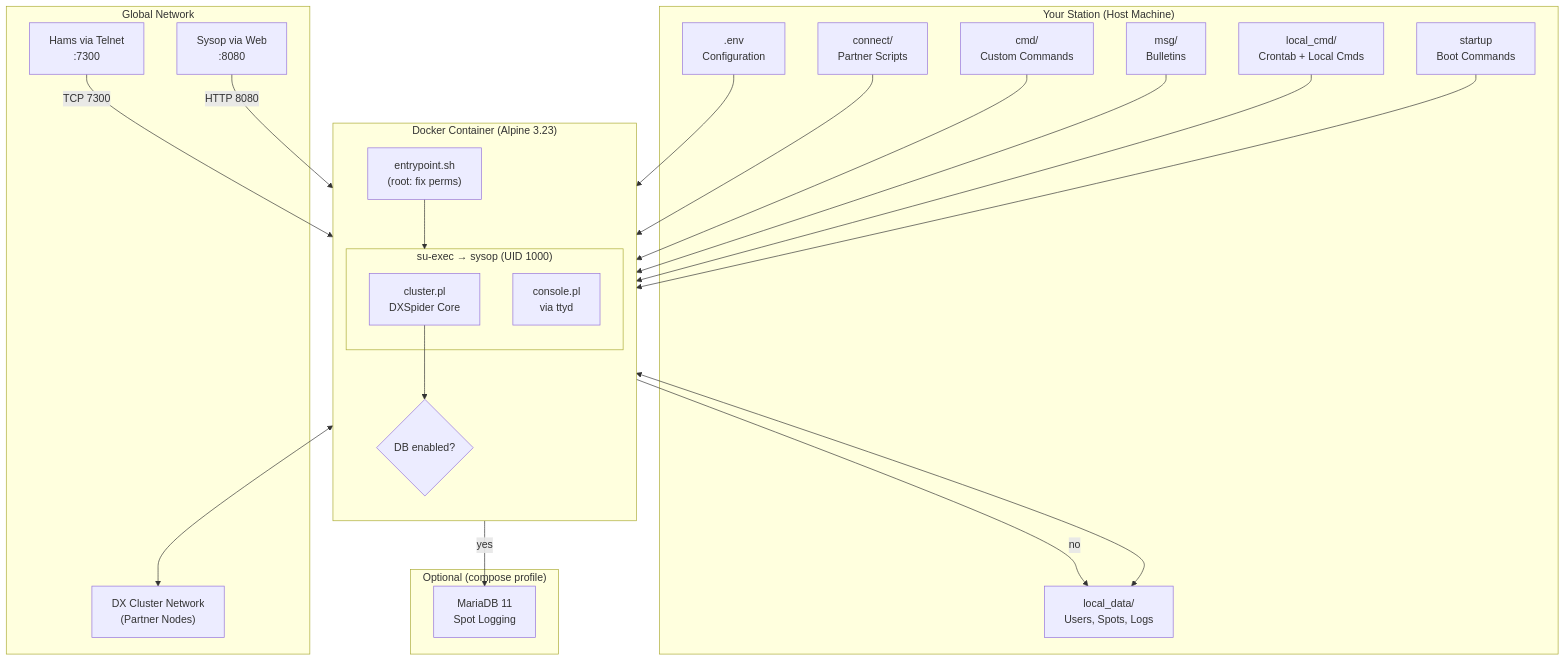
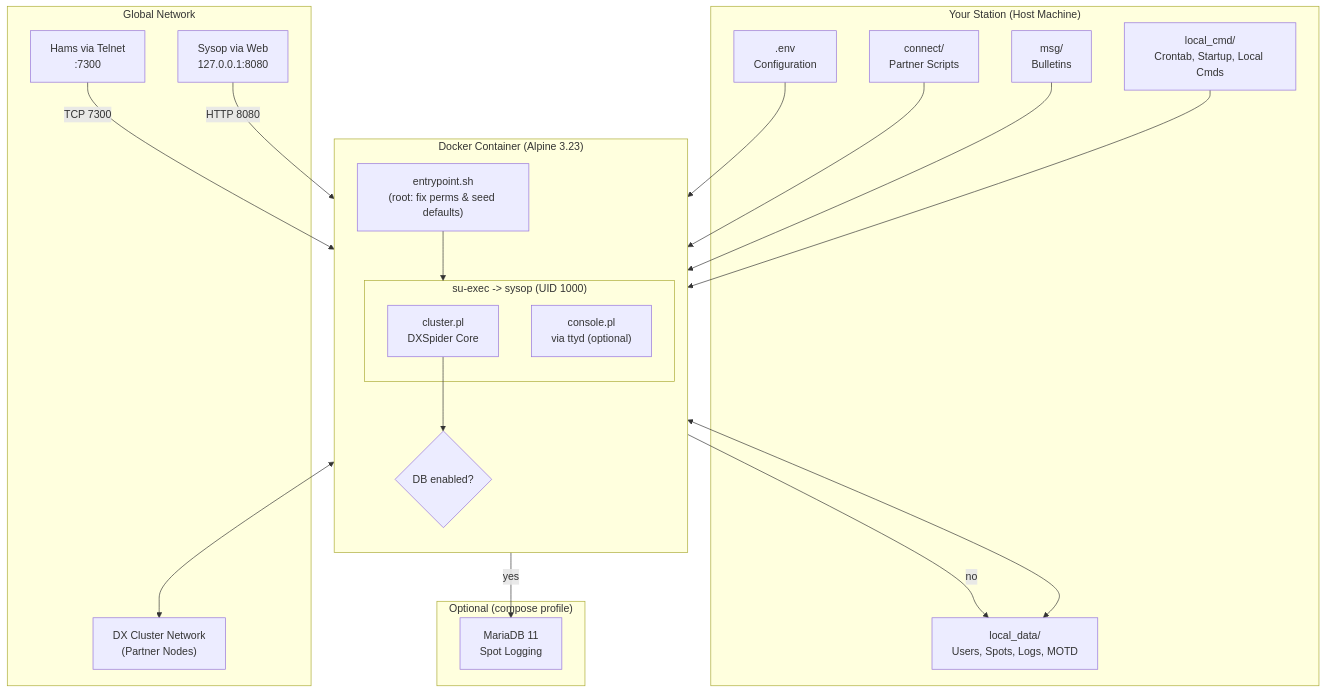
The diagram in README.md (9M2PJU/9M2PJU-DXSpider-Docker), drawn with Mermaid before and after one commit. The commit also changed other lines of this file and 351 other files, not shown here.

````diff
--- a/README.md
+++ b/README.md
@@ -85,47 +85,43 @@
 ```mermaid
 graph TB
     subgraph Host["Your Station (Host Machine)"]
         Env[".env<br/>Configuration"]
-        LD["local_data/<br/>Users, Spots, Logs"]
+        LD["local_data/<br/>Users, Spots, Logs, MOTD"]
         Conn["connect/<br/>Partner Scripts"]
-        Cmd["cmd/<br/>Custom Commands"]
         Msg["msg/<br/>Bulletins"]
-        Cron["local_cmd/<br/>Crontab + Local Cmds"]
-        Startup["startup<br/>Boot Commands"]
+        Cron["local_cmd/<br/>Crontab, Startup, Local Cmds"]
     end
 
     subgraph Container["Docker Container (Alpine 3.23)"]
         direction TB
-        EP["entrypoint.sh<br/>(root: fix perms)"]
-        subgraph App["su-exec → sysop (UID 1000)"]
+        EP["entrypoint.sh<br/>(root: fix perms & seed defaults)"]
+        subgraph App["su-exec -> sysop (UID 1000)"]
             Cluster["cluster.pl<br/>DXSpider Core"]
-            Console["console.pl<br/>via ttyd"]
+            Console["console.pl<br/>via ttyd (optional)"]
         end
         DB{"DB enabled?"}
     end
 
     subgraph Optional["Optional (compose profile)"]
         MariaDB["MariaDB 11<br/>Spot Logging"]
     end
 
     subgraph External["Global Network"]
         World["DX Cluster Network<br/>(Partner Nodes)"]
         Users["Hams via Telnet<br/>:7300"]
-        Web["Sysop via Web<br/>:8080"]
+        Web["Sysop via Web<br/>127.0.0.1:8080"]
     end
 
     Env --> EP
     LD <--> App
     Conn --> Cluster
-    Cmd --> Cluster
     Msg --> Cluster
     Cron --> Cluster
-    Startup --> Cluster
     EP --> App
     Cluster --> DB
     DB -->|yes| MariaDB
     DB -->|no| LD
     Cluster <--> World
     Users -->|TCP 7300| Cluster
     Web -->|HTTP 8080| Console
 ```
````
